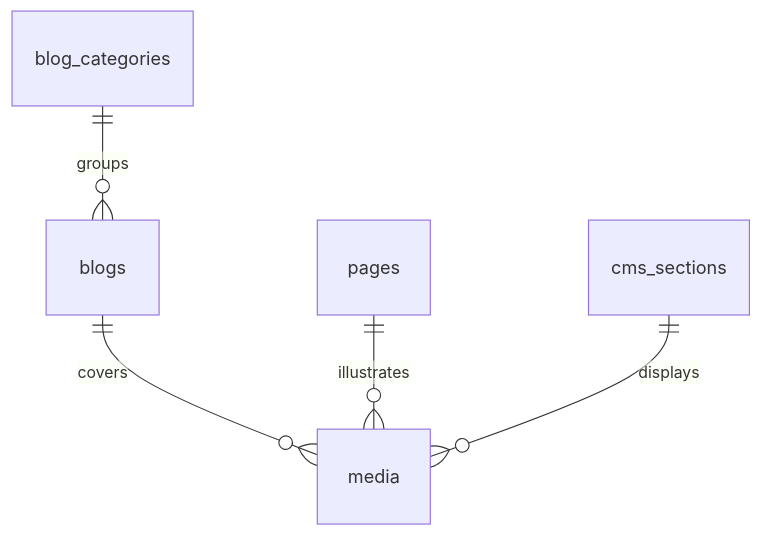
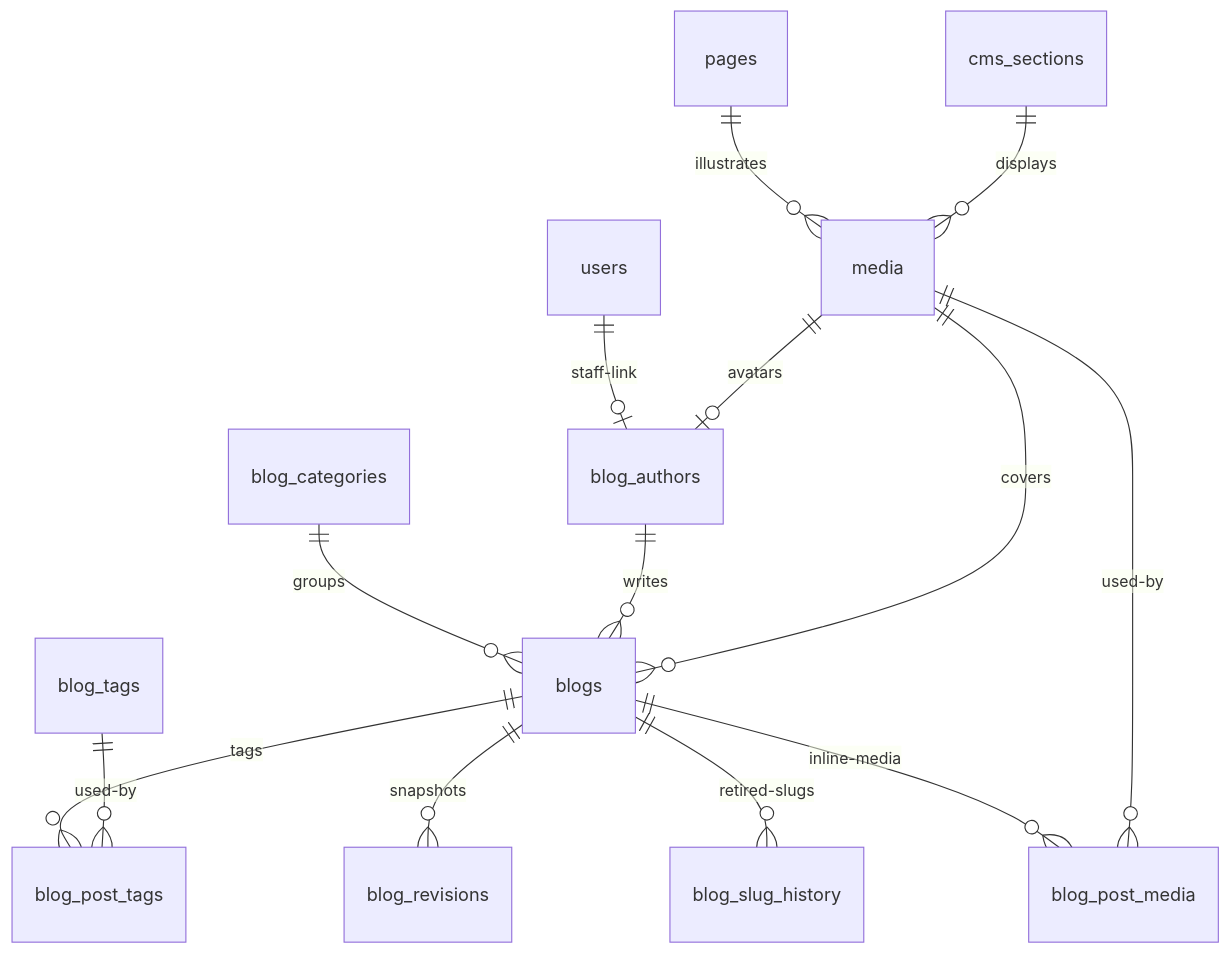
Before and after one commit to UnmarriedIdentity/the-unlugged-wear: the diagram in DOC/backend/09-CMS-Media.md, drawn with Mermaid. The commit also changed other lines of this file, not shown here.

Commit message:
docs(cms): define final normalized blog schema

````diff
--- a/DOC/backend/09-CMS-Media.md
+++ b/DOC/backend/09-CMS-Media.md
@@ -108,7 +314,16 @@
 ```mermaid
 erDiagram
+    users ||--o| blog_authors : staff-link
+    media ||--o| blog_authors : avatars
     blog_categories ||--o{ blogs : groups
-    blogs ||--o{ media : covers
+    blog_authors ||--o{ blogs : writes
+    media ||--o{ blogs : covers
+    blogs ||--o{ blog_post_tags : tags
+    blog_tags ||--o{ blog_post_tags : used-by
+    blogs ||--o{ blog_revisions : snapshots
+    blogs ||--o{ blog_slug_history : retired-slugs
+    blogs ||--o{ blog_post_media : inline-media
+    media ||--o{ blog_post_media : used-by
     pages ||--o{ media : illustrates
     cms_sections ||--o{ media : displays
 ```
````
